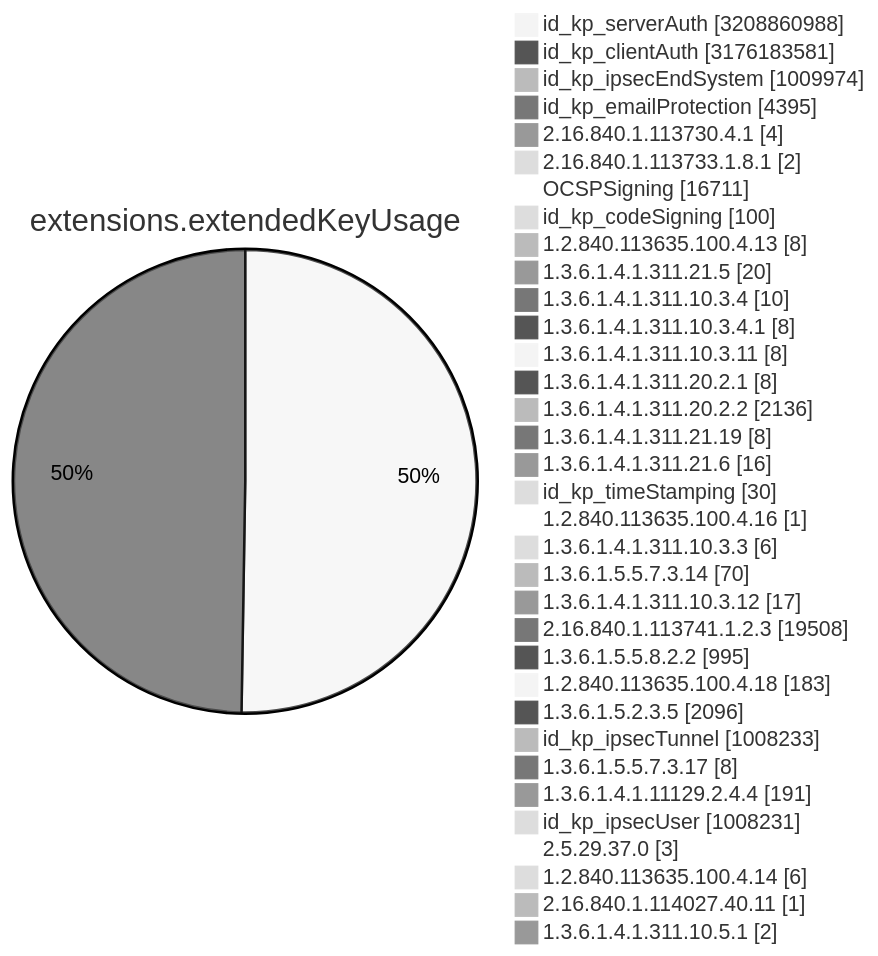
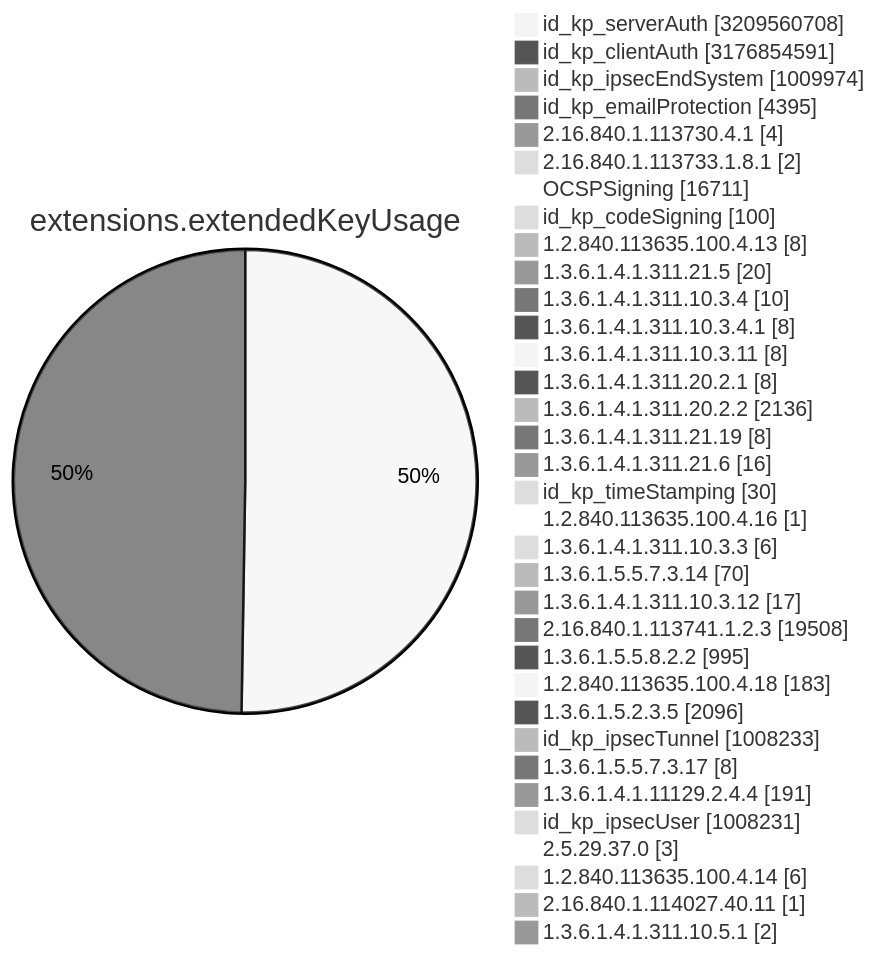
Before and after one commit to christiankrug/ctmonitor_visualization: diagram 11 of 15 in TOTAL/README.md, drawn with Mermaid (neutral theme). The commit also changed other lines of this file, not shown here.

````diff
--- a/TOTAL/README.md
+++ b/TOTAL/README.md
@@ -4119,38 +4119,38 @@
 ```mermaid
 pie showData
 title extensions.extendedKeyUsage
-"id_kp_serverAuth" :3208860988
-"id_kp_clientAuth" :3176183581
+"id_kp_serverAuth" :3209560708
+"id_kp_clientAuth" :3176854591
 "id_kp_ipsecEndSystem" :1009974
 "id_kp_emailProtection" :4395
 "2.16.840.1.113730.4.1" :4
 "2.16.840.1.113733.1.8.1" :2
 "OCSPSigning" :16711
 "id_kp_codeSigning" :100
 "1.2.840.113635.100.4.13" :8
 "1.3.6.1.4.1.311.21.5" :20
 "1.3.6.1.4.1.311.10.3.4" :10
 "1.3.6.1.4.1.311.10.3.4.1" :8
 "1.3.6.1.4.1.311.10.3.11" :8
 "1.3.6.1.4.1.311.20.2.1" :8
 "1.3.6.1.4.1.311.20.2.2" :2136
 "1.3.6.1.4.1.311.21.19" :8
 "1.3.6.1.4.1.311.21.6" :16
 "id_kp_timeStamping" :30
 "1.2.840.113635.100.4.16" :1
 "1.3.6.1.4.1.311.10.3.3" :6
 "1.3.6.1.5.5.7.3.14" :70
 "1.3.6.1.4.1.311.10.3.12" :17
 "2.16.840.1.113741.1.2.3" :19508
 "1.3.6.1.5.5.8.2.2" :995
 "1.2.840.113635.100.4.18" :183
 "1.3.6.1.5.2.3.5" :2096
 "id_kp_ipsecTunnel" :1008233
 "1.3.6.1.5.5.7.3.17" :8
 "1.3.6.1.4.1.11129.2.4.4" :191
 "id_kp_ipsecUser" :1008231
 "2.5.29.37.0" :3
 "1.2.840.113635.100.4.14" :6
 "2.16.840.1.114027.40.11" :1
 "1.3.6.1.4.1.311.10.5.1" :2
 ```
````
